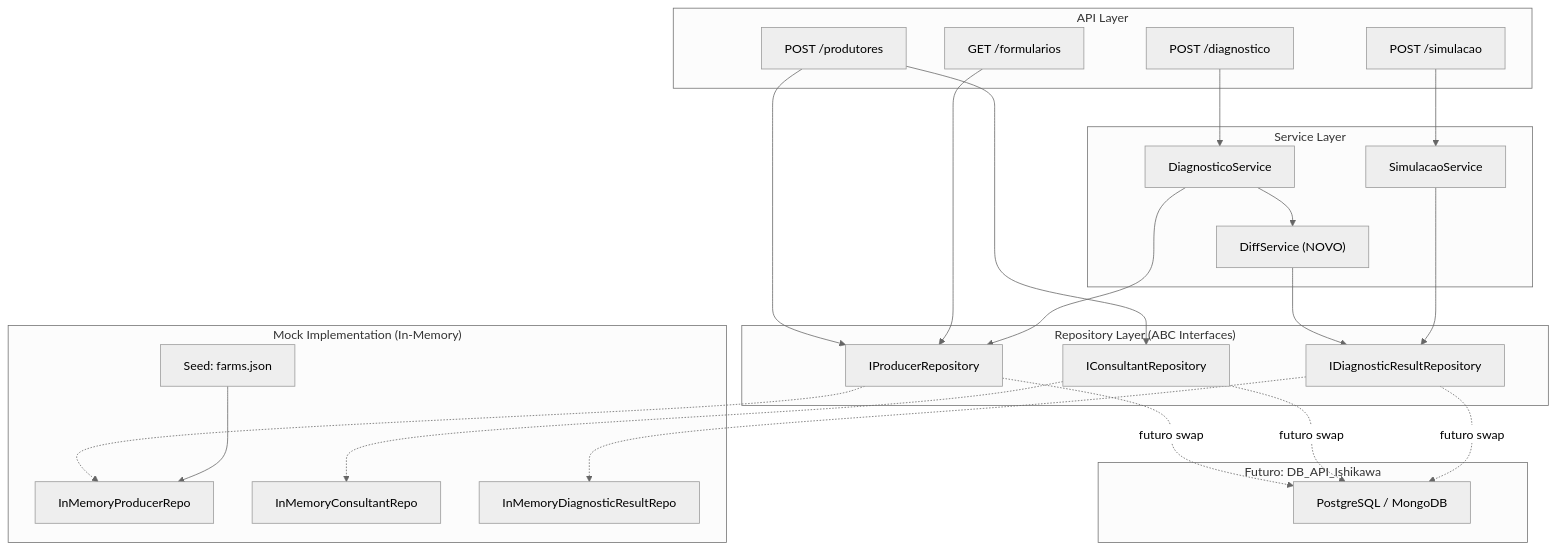
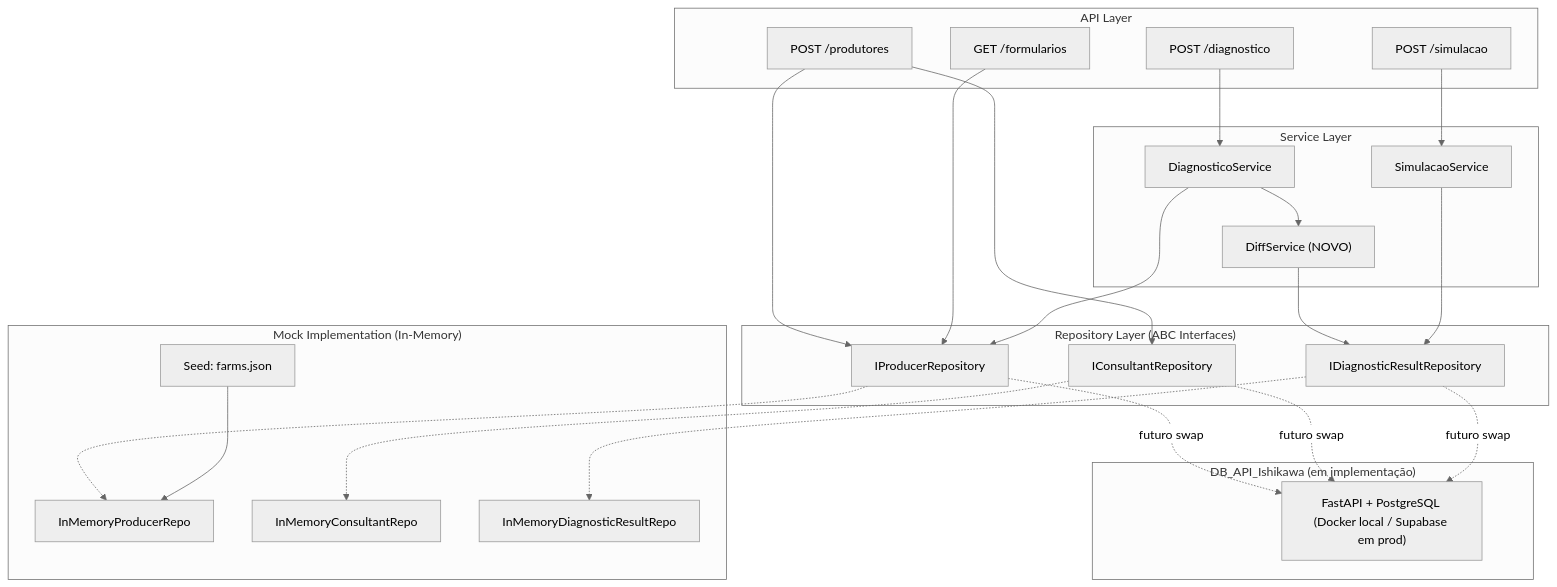
The first of 3 diagrams in feature_roadmap_persistencia_incremental.md (MarcosVeniciu/DB_API_Ishikawa), drawn with Mermaid (neutral theme) before and after one commit. The commit also changed other lines of this file and 3 other files, not shown here.

First line of the commit message:
docs(spec): integrate Supabase managed Postgres architecture and hybrid topology (D15-D19)

````diff
--- a/feature_roadmap_persistencia_incremental.md
+++ b/feature_roadmap_persistencia_incremental.md
@@ -41,51 +41,51 @@
 ```mermaid
 graph TB
     subgraph "API Layer"
         R1["POST /produtores"]
         R2["GET /formularios"]
         R3["POST /diagnostico"]
         R4["POST /simulacao"]
     end
 
     subgraph "Service Layer"
         DS["DiagnosticoService"]
         SS["SimulacaoService"]
         DIFF["DiffService (NOVO)"]
     end
 
     subgraph "Repository Layer (ABC Interfaces)"
         IPR["IProducerRepository"]
         ICR["IConsultantRepository"]
         IDR["IDiagnosticResultRepository"]
     end
 
     subgraph "Mock Implementation (In-Memory)"
         MPR["InMemoryProducerRepo"]
         MCR["InMemoryConsultantRepo"]
         MDR["InMemoryDiagnosticResultRepo"]
         SEED["Seed: farms.json"]
     end
 
-    subgraph "Futuro: DB_API_Ishikawa"
-        DB["PostgreSQL / MongoDB"]
+    subgraph "DB_API_Ishikawa (em implementação)"
+        DB["FastAPI + PostgreSQL (Docker local / Supabase em prod)"]
     end
 
     R1 --> IPR
     R1 --> ICR
     R2 --> IPR
     R3 --> DS
     DS --> DIFF
     DIFF --> IDR
     DS --> IPR
     R4 --> SS
     SS --> IDR
 
     IPR -.-> MPR
     ICR -.-> MCR
     IDR -.-> MDR
     SEED --> MPR
 
     IPR -.->|"futuro swap"| DB
     ICR -.->|"futuro swap"| DB
     IDR -.->|"futuro swap"| DB
 ```
````
